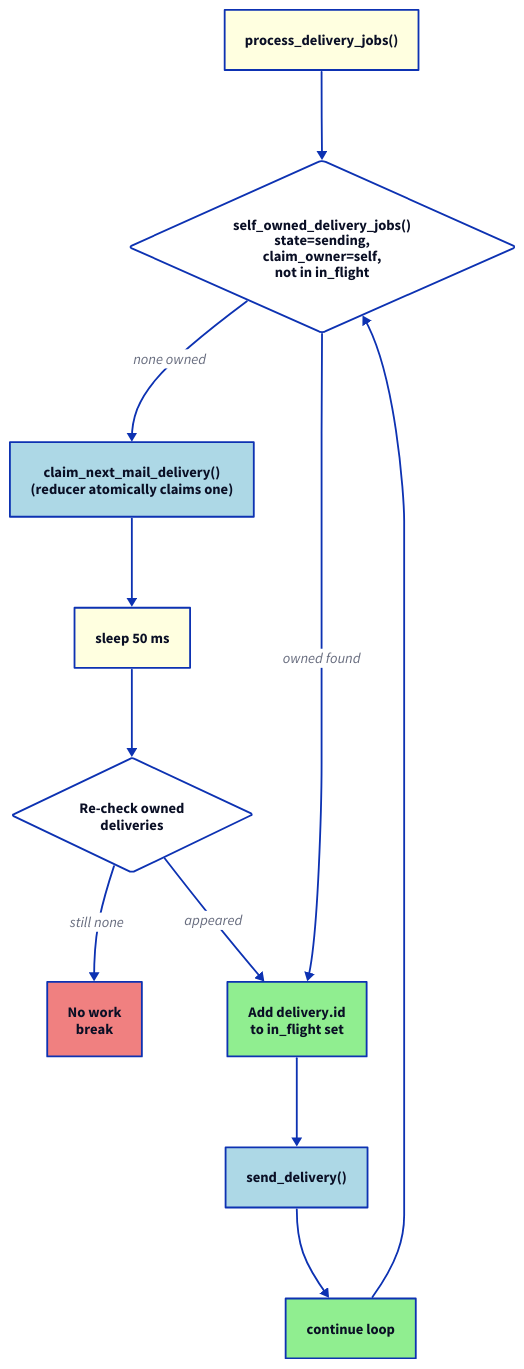
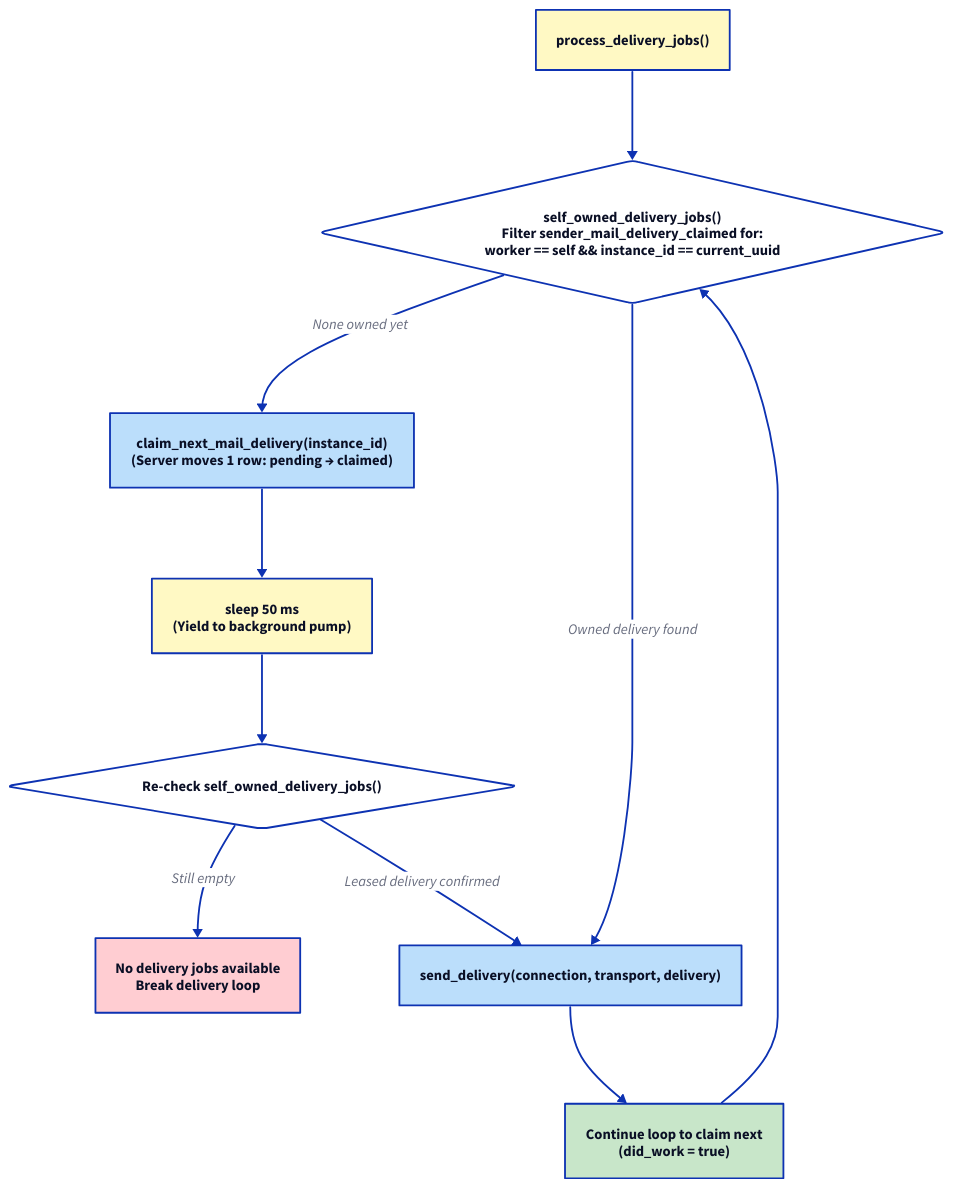
The diagram in docs/src/core/sender/control-flow-delivery-jobs.d2 (enaut/kommunikationszentrum), drawn with D2 before and after one commit. The commit also changed 18 other files, not shown here.

```diff
--- a/docs/src/core/sender/control-flow-delivery-jobs.d2
+++ b/docs/src/core/sender/control-flow-delivery-jobs.d2
@@ -1,25 +1,26 @@
 direction: down
 
-entry: "process_delivery_jobs()" { style.fill: lightyellow }
-owned: "self_owned_delivery_jobs()\nstate=sending,\nclaim_owner=self,\nnot in in_flight" {
+entry: "process_delivery_jobs()" { style.fill: "#fff9c4" }
+owned: "self_owned_delivery_jobs()\nFilter sender_mail_delivery_claimed for:\nworker == self && instance_id == current_uuid" {
   shape: diamond
-  style.fill: white
+  style.fill: "#ffffff"
 }
-claim: "claim_next_mail_delivery()\n(reducer atomically claims one)" { style.fill: lightblue }
-wait50: "sleep 50 ms" { style.fill: lightyellow }
-reck: "Re-check owned\ndeliveries" {
+claim: "claim_next_mail_delivery(instance_id)\n(Server moves 1 row: pending → claimed)" { style.fill: "#bbdefb" }
+wait50: "sleep 50 ms\n(Yield to background pump)" { style.fill: "#fff9c4" }
+recheck: "Re-check self_owned_delivery_jobs()" {
   shape: diamond
-  style.fill: white
+  style.fill: "#ffffff"
 }
-none2: "No work\nbreak" { style.fill: lightcoral }
-mark2: "Add delivery.id\nto in_flight set" { style.fill: lightgreen }
-send: "send_delivery()" { style.fill: lightblue }
-cont2: "continue loop" { style.fill: lightgreen }
+none: "No delivery jobs available\nBreak delivery loop" { style.fill: "#ffcdd2" }
+send: "send_delivery(connection, transport, delivery)" { style.fill: "#bbdefb" }
+cont: "Continue loop to claim next\n(did_work = true)" { style.fill: "#c8e6c9" }
 
 entry -> owned
-owned -> claim: "none owned"
-owned -> mark2: "owned found"
-claim -> wait50 -> reck
-reck -> none2: "still none"
-reck -> mark2: "appeared"
-mark2 -> send -> cont2 -> owned
+owned -> claim: "None owned yet"
+owned -> send: "Owned delivery found"
+claim -> wait50
+wait50 -> recheck
+recheck -> none: "Still empty"
+recheck -> send: "Leased delivery confirmed"
+send -> cont
+cont -> owned
```
